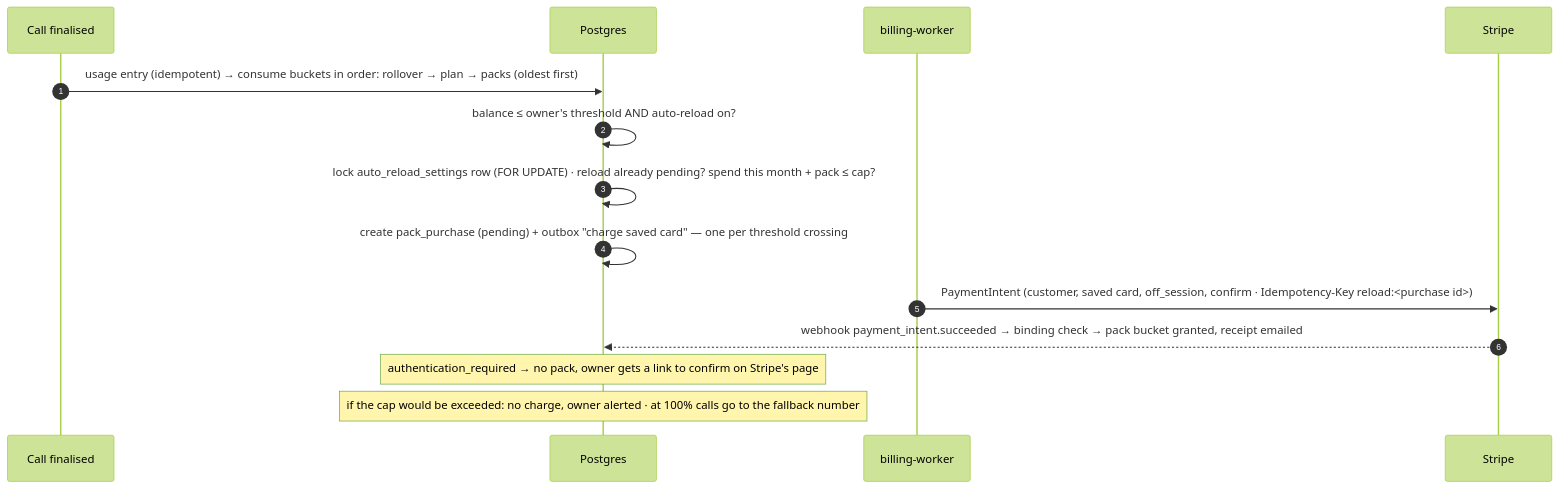
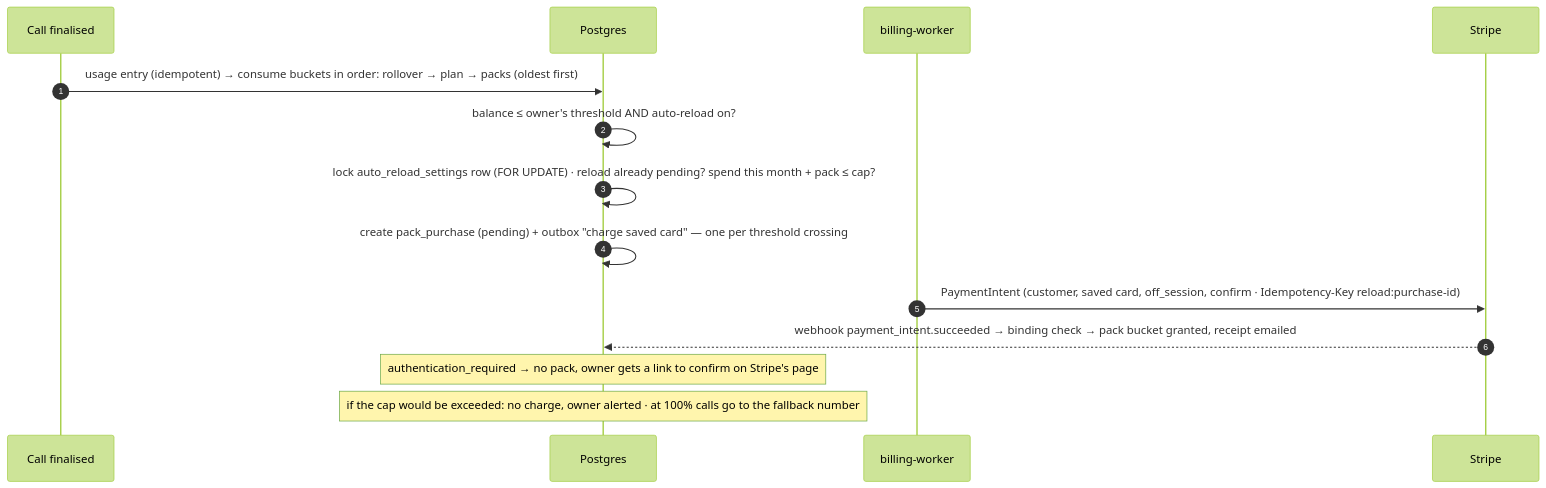
The ninth of 22 diagrams in docs/PAYMENTS_ARCHITECTURE.md (singhdhruv525-source/Zella-AI), drawn with Mermaid (forest theme) before and after one commit. The commit also changed other lines of this file, not shown here.

First line of the commit message:
Docs: payment flows in full: money map, webhook-to-grant pipeline, upgrade/downgrade, cancel/continue, disputes, pay-as-you-go timeline, outbox state machine, duplicate and race catalogue

````diff
--- a/docs/PAYMENTS_ARCHITECTURE.md
+++ b/docs/PAYMENTS_ARCHITECTURE.md
@@ -324,17 +401,17 @@
 ```mermaid
 sequenceDiagram
   autonumber
   participant CALL as Call finalised
   participant DB as Postgres
   participant WK as billing-worker
   participant RZ as Stripe
 
   CALL->>DB: usage entry (idempotent) → consume buckets in order: rollover → plan → packs (oldest first)
   DB->>DB: balance ≤ owner's threshold AND auto-reload on?
   DB->>DB: lock auto_reload_settings row (FOR UPDATE) · reload already pending? spend this month + pack ≤ cap?
   DB->>DB: create pack_purchase (pending) + outbox "charge saved card" — one per threshold crossing
-  WK->>RZ: PaymentIntent (customer, saved card, off_session, confirm · Idempotency-Key reload:<purchase id>)
+  WK->>RZ: PaymentIntent (customer, saved card, off_session, confirm · Idempotency-Key reload:purchase-id)
   RZ-->>DB: webhook payment_intent.succeeded → binding check → pack bucket granted, receipt emailed
   Note over DB: authentication_required → no pack, owner gets a link to confirm on Stripe's page
   Note over DB: if the cap would be exceeded: no charge, owner alerted · at 100% calls go to the fallback number
 ```
````
